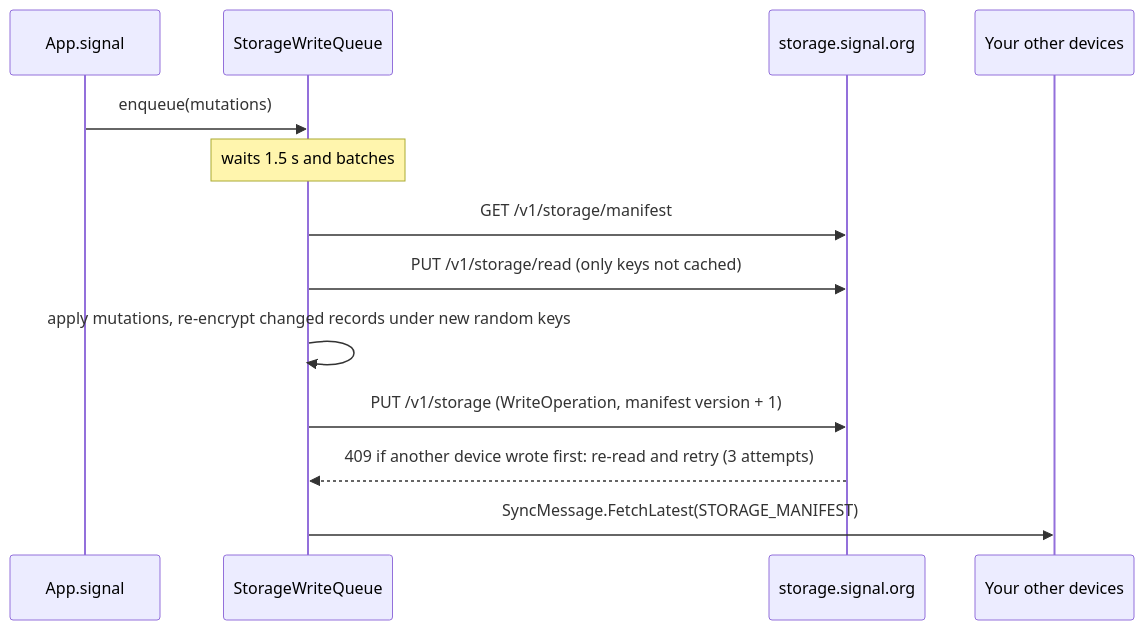
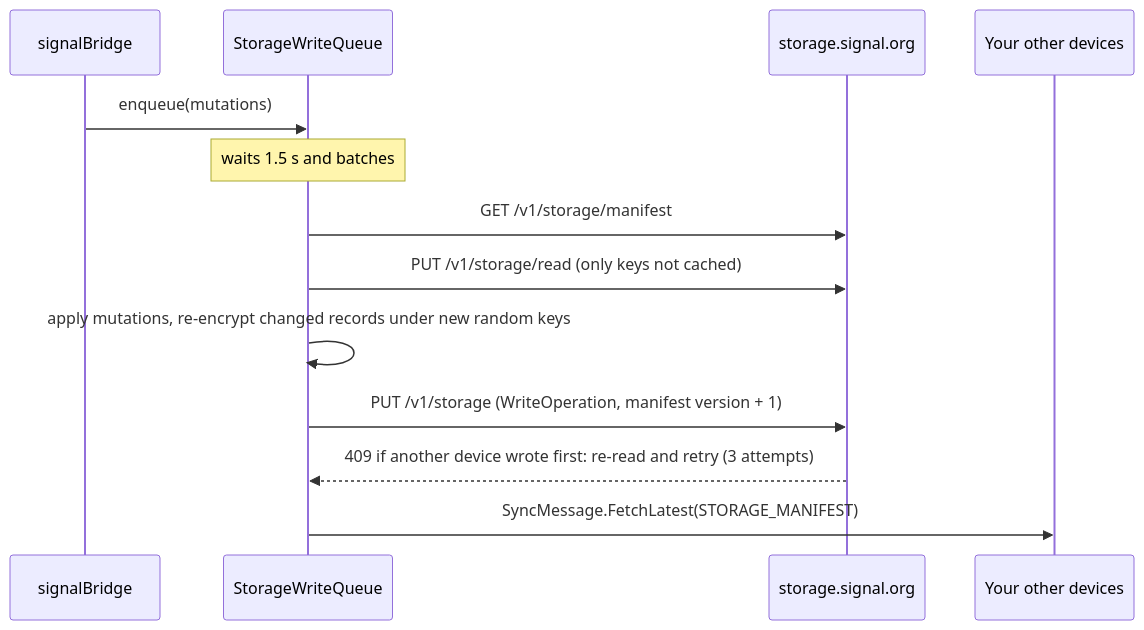
Before and after one commit to ambercaravalho/signal4kaios: the fourth of 6 diagrams in docs/architecture.md, drawn with Mermaid. The commit also changed other lines of this file and 136 other files, not shown here.

````diff
--- a/docs/architecture.md
+++ b/docs/architecture.md
@@ -141,15 +165,15 @@
 ```mermaid
 sequenceDiagram
-  participant B as App.signal
+  participant B as signalBridge
   participant Q as StorageWriteQueue
   participant SS as storage.signal.org
   participant D as Your other devices
   B->>Q: enqueue(mutations)
   Note over Q: waits 1.5 s and batches
   Q->>SS: GET /v1/storage/manifest
   Q->>SS: PUT /v1/storage/read (only keys not cached)
   Q->>Q: apply mutations, re-encrypt changed records under new random keys
   Q->>SS: PUT /v1/storage (WriteOperation, manifest version + 1)
   SS-->>Q: 409 if another device wrote first: re-read and retry (3 attempts)
   Q->>D: SyncMessage.FetchLatest(STORAGE_MANIFEST)
 ```
````
